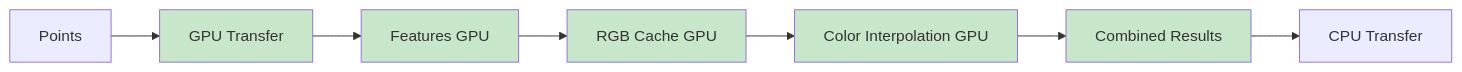
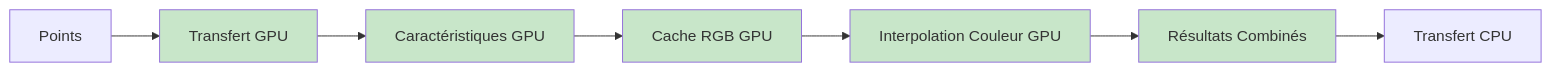
The third of 4 diagrams in website/i18n/fr/docusaurus-plugin-content-docs/current/architecture.md (sducournau/IGN_LIDAR_HD_DATASET), drawn with Mermaid before and after one commit. The commit also changed other lines of this file and 17 other files, not shown here.

````diff
--- a/website/i18n/fr/docusaurus-plugin-content-docs/current/architecture.md
+++ b/website/i18n/fr/docusaurus-plugin-content-docs/current/architecture.md
@@ -143,15 +143,15 @@
 ```mermaid
 flowchart LR
-    A[Points] --> B[GPU Transfer]
-    B --> C[Features GPU]
-    C --> D[RGB Cache GPU]
-    D --> E[Color Interpolation GPU]
-    E --> F[Combined Results]
-    F --> G[CPU Transfer]
+    A[Points] --> B[Transfert GPU]
+    B --> C[Caractéristiques GPU]
+    C --> D[Cache RGB GPU]
+    D --> E[Interpolation Couleur GPU]
+    E --> F[Résultats Combinés]
+    F --> G[Transfert CPU]
 
     style B fill:#c8e6c9
     style C fill:#c8e6c9
     style D fill:#c8e6c9
     style E fill:#c8e6c9
     style F fill:#c8e6c9
 ```
````
